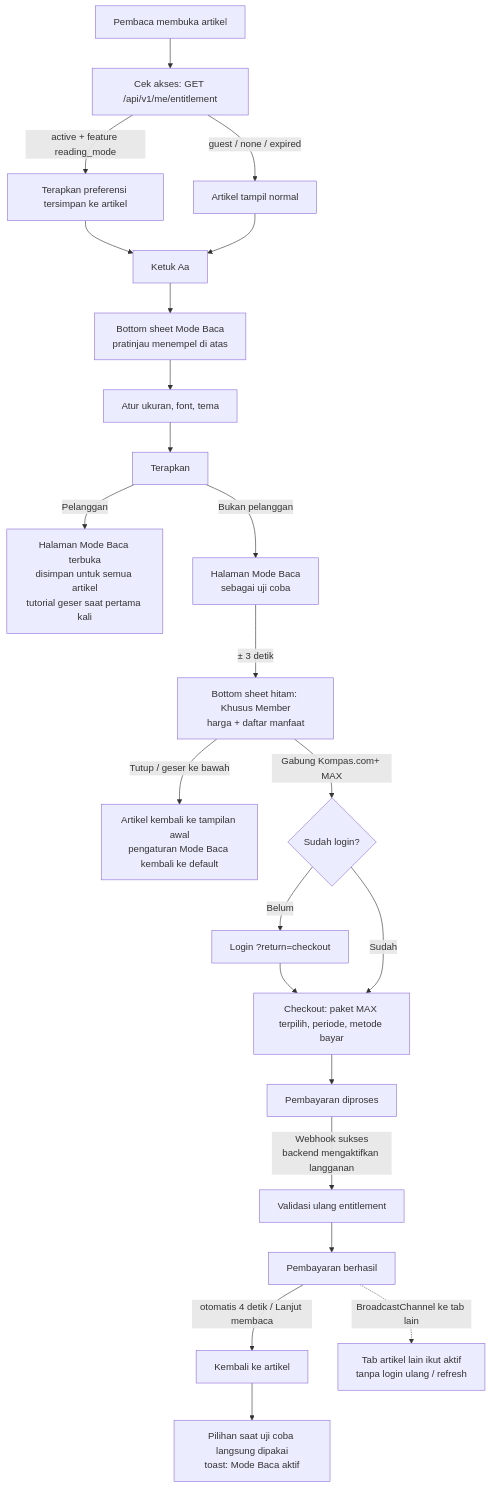
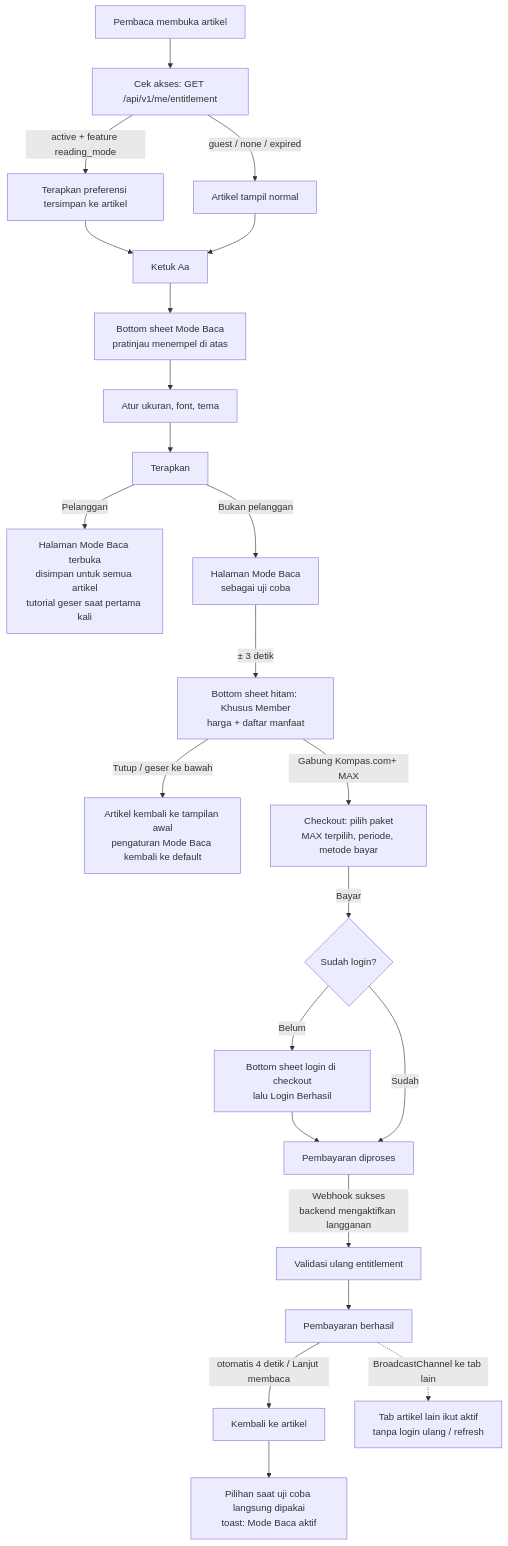
One commit to kcmprodes-tech/web-kompascom changed the diagram in docs/reading-mode-flow.md. Above: the diagram before and after it, drawn with Mermaid. The commit also changed other lines of this file and 8 other files, not shown here.

First line of the commit message:
feat(checkout): pick a plan first, log in from a bottom sheet on Bayar

````diff
--- a/docs/reading-mode-flow.md
+++ b/docs/reading-mode-flow.md
@@ -35,27 +35,27 @@
 ```mermaid
 flowchart TD
   A[Pembaca membuka artikel] --> B[Cek akses: GET /api/v1/me/entitlement]
   B -->|active + feature reading_mode| C[Terapkan preferensi tersimpan ke artikel]
   B -->|guest / none / expired| D[Artikel tampil normal]
 
   C --> E[Ketuk Aa]
   D --> E
   E --> F[Bottom sheet Mode Baca<br/>pratinjau menempel di atas]
   F --> G[Atur ukuran, font, tema] --> H[Terapkan]
 
   H -->|Pelanggan| I[Halaman Mode Baca terbuka<br/>disimpan untuk semua artikel<br/>tutorial geser saat pertama kali]
   H -->|Bukan pelanggan| J[Halaman Mode Baca<br/>sebagai uji coba]
   J -->|± 3 detik| K[Bottom sheet hitam: Khusus Member<br/>harga + daftar manfaat]
 
   K -->|Tutup / geser ke bawah| L[Artikel kembali ke tampilan awal<br/>pengaturan Mode Baca kembali ke default]
-  K -->|Gabung Kompas.com+ MAX| M{Sudah login?}
-  M -->|Belum| O[Login ?return=checkout] --> P
-  M -->|Sudah| P[Checkout: paket MAX terpilih, periode, metode bayar]
-  P --> Q[Pembayaran diproses]
+  K -->|Gabung Kompas.com+ MAX| P[Checkout: pilih paket<br/>MAX terpilih, periode, metode bayar]
+  P -->|Bayar| M{Sudah login?}
+  M -->|Belum| O[Bottom sheet login di checkout<br/>lalu Login Berhasil] --> Q
+  M -->|Sudah| Q[Pembayaran diproses]
   Q -->|Webhook sukses<br/>backend mengaktifkan langganan| R[Validasi ulang entitlement]
   R --> S[Pembayaran berhasil]
   S -->|otomatis 4 detik / Lanjut membaca| T[Kembali ke artikel]
   T --> U[Pilihan saat uji coba langsung dipakai<br/>toast: Mode Baca aktif]
 
   S -.->|BroadcastChannel ke tab lain| V[Tab artikel lain ikut aktif<br/>tanpa login ulang / refresh]
 ```
````
